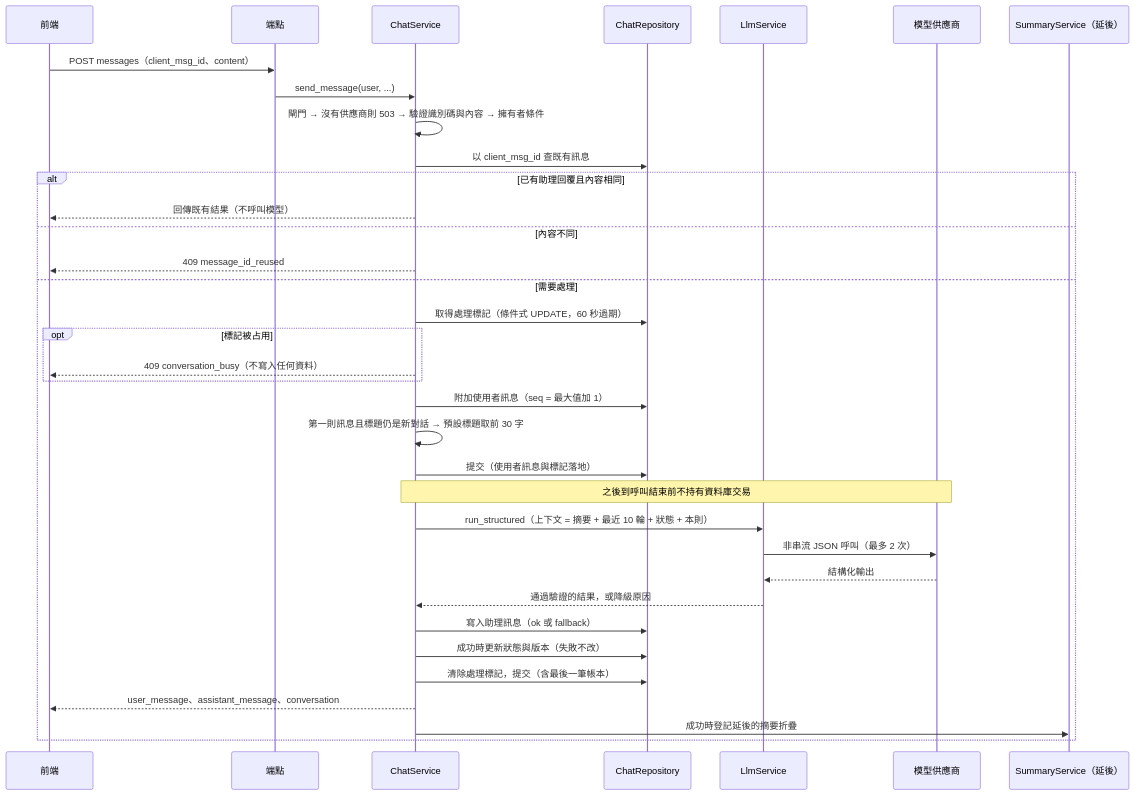
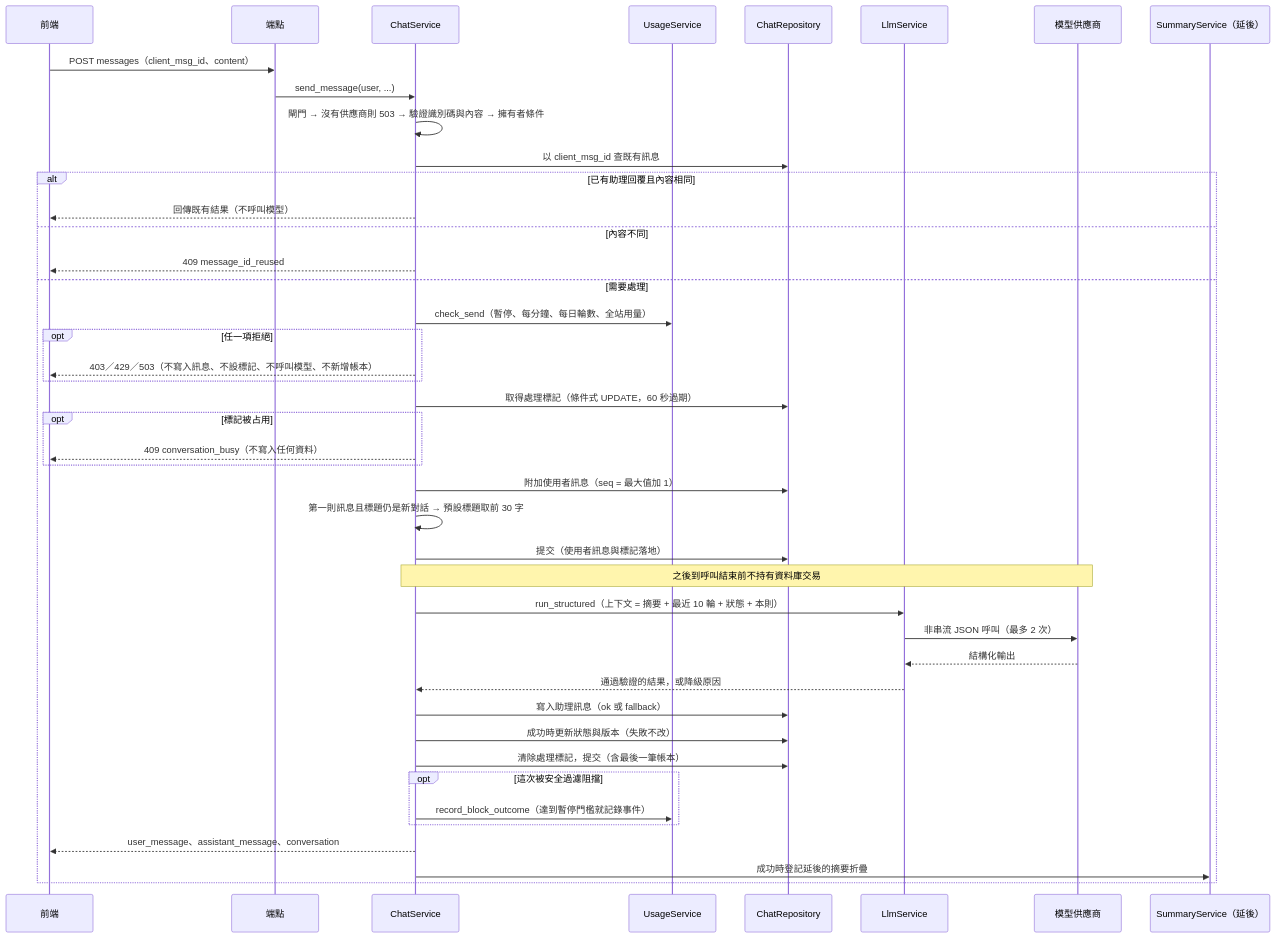
Before and after one commit to pp466pp466/R.A.C: the first of 5 diagrams in docs/客服對話-chat-service.md, drawn with Mermaid. The commit also changed other lines of this file and 60 other files, not shown here.

````diff
--- a/docs/客服對話-chat-service.md
+++ b/docs/客服對話-chat-service.md
@@ -24,38 +25,46 @@
 ```mermaid
 sequenceDiagram
     participant C as 前端
     participant E as 端點
     participant CS as ChatService
+    participant U as UsageService
     participant R as ChatRepository
     participant L as LlmService
     participant M as 模型供應商
     participant S as SummaryService（延後）
 
     C->>E: POST messages（client_msg_id、content）
     E->>CS: send_message(user, ...)
     CS->>CS: 閘門 → 沒有供應商則 503 → 驗證識別碼與內容 → 擁有者條件
     CS->>R: 以 client_msg_id 查既有訊息
     alt 已有助理回覆且內容相同
         CS-->>C: 回傳既有結果（不呼叫模型）
     else 內容不同
         CS-->>C: 409 message_id_reused
     else 需要處理
+        CS->>U: check_send（暫停、每分鐘、每日輪數、全站用量）
+        opt 任一項拒絕
+            CS-->>C: 403／429／503（不寫入訊息、不設標記、不呼叫模型、不新增帳本）
+        end
         CS->>R: 取得處理標記（條件式 UPDATE，60 秒過期）
         opt 標記被占用
             CS-->>C: 409 conversation_busy（不寫入任何資料）
         end
         CS->>R: 附加使用者訊息（seq = 最大值加 1）
         CS->>CS: 第一則訊息且標題仍是新對話 → 預設標題取前 30 字
         CS->>R: 提交（使用者訊息與標記落地）
         Note over CS,M: 之後到呼叫結束前不持有資料庫交易
         CS->>L: run_structured（上下文 = 摘要 + 最近 10 輪 + 狀態 + 本則）
         L->>M: 非串流 JSON 呼叫（最多 2 次）
         M-->>L: 結構化輸出
         L-->>CS: 通過驗證的結果，或降級原因
         CS->>R: 寫入助理訊息（ok 或 fallback）
         CS->>R: 成功時更新狀態與版本（失敗不改）
         CS->>R: 清除處理標記，提交（含最後一筆帳本）
+        opt 這次被安全過濾阻擋
+            CS->>U: record_block_outcome（達到暫停門檻就記錄事件）
+        end
         CS-->>C: user_message、assistant_message、conversation
         CS->>S: 成功時登記延後的摘要折疊
     end
 ```
````
